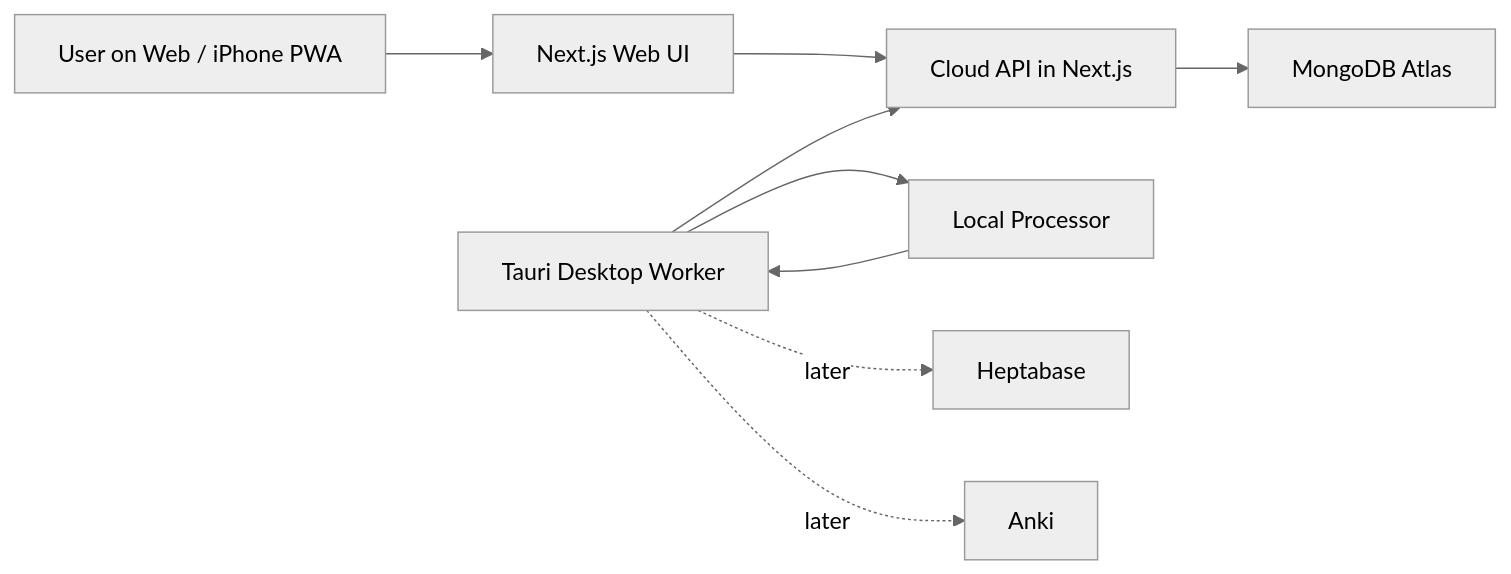
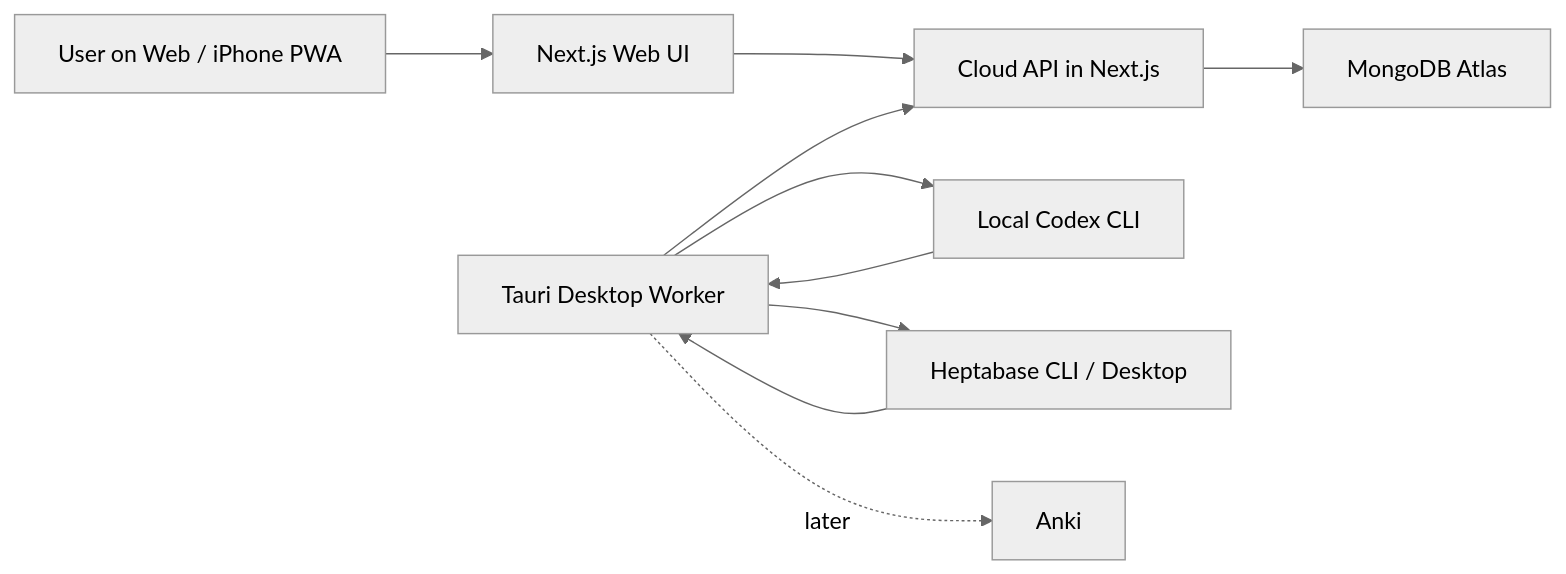
Before and after one commit to gino001655/Capture: the diagram in docs/architecture.md, drawn with Mermaid (neutral theme). The commit also changed other lines of this file and 18 other files, not shown here.

````diff
--- a/docs/architecture.md
+++ b/docs/architecture.md
@@ -9,11 +9,12 @@
 ```mermaid
 flowchart LR
     U["User on Web / iPhone PWA"] --> W["Next.js Web UI"]
     W --> A["Cloud API in Next.js"]
     D["Tauri Desktop Worker"] --> A
     A --> M["MongoDB Atlas"]
-    D --> P["Local Processor"]
-    P --> D
-    D -. "later" .-> H["Heptabase"]
+    D --> C["Local Codex CLI"]
+    C --> D
+    D --> H["Heptabase CLI / Desktop"]
+    H --> D
     D -. "later" .-> K["Anki"]
 ```
````
